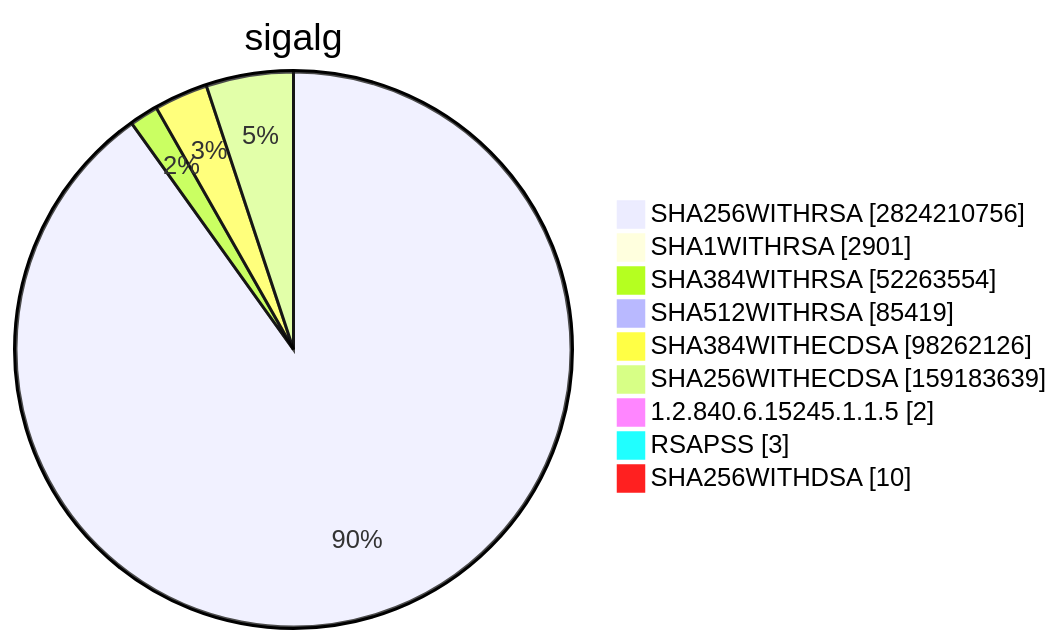
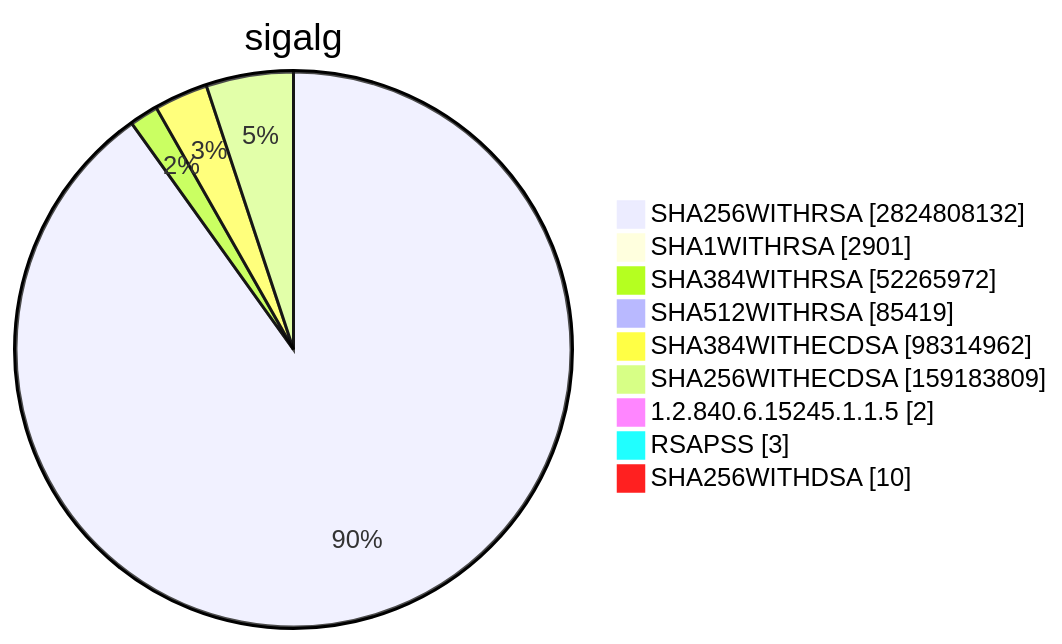
Diagram 15 of 15 in TOTAL/README.md (christiankrug/ctmonitor_visualization), drawn with Mermaid before and after one commit. The commit also changed other lines of this file, not shown here.

````diff
--- a/TOTAL/README.md
+++ b/TOTAL/README.md
@@ -6205,13 +6205,13 @@
 ```mermaid
 pie showData
 title sigalg
-"SHA256WITHRSA" :2824210756
+"SHA256WITHRSA" :2824808132
 "SHA1WITHRSA" :2901
-"SHA384WITHRSA" :52263554
+"SHA384WITHRSA" :52265972
 "SHA512WITHRSA" :85419
-"SHA384WITHECDSA" :98262126
-"SHA256WITHECDSA" :159183639
+"SHA384WITHECDSA" :98314962
+"SHA256WITHECDSA" :159183809
 "1.2.840.6.15245.1.1.5" :2
 "RSAPSS" :3
 "SHA256WITHDSA" :10
 ```
````
